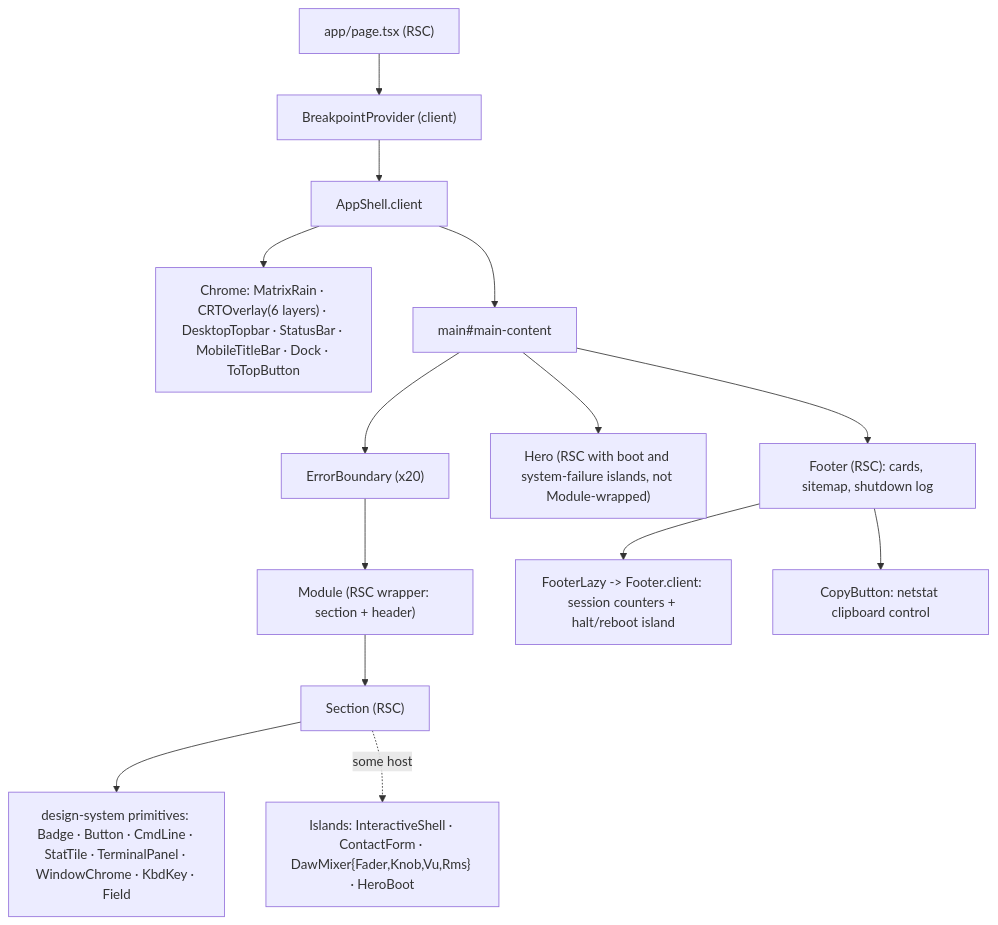
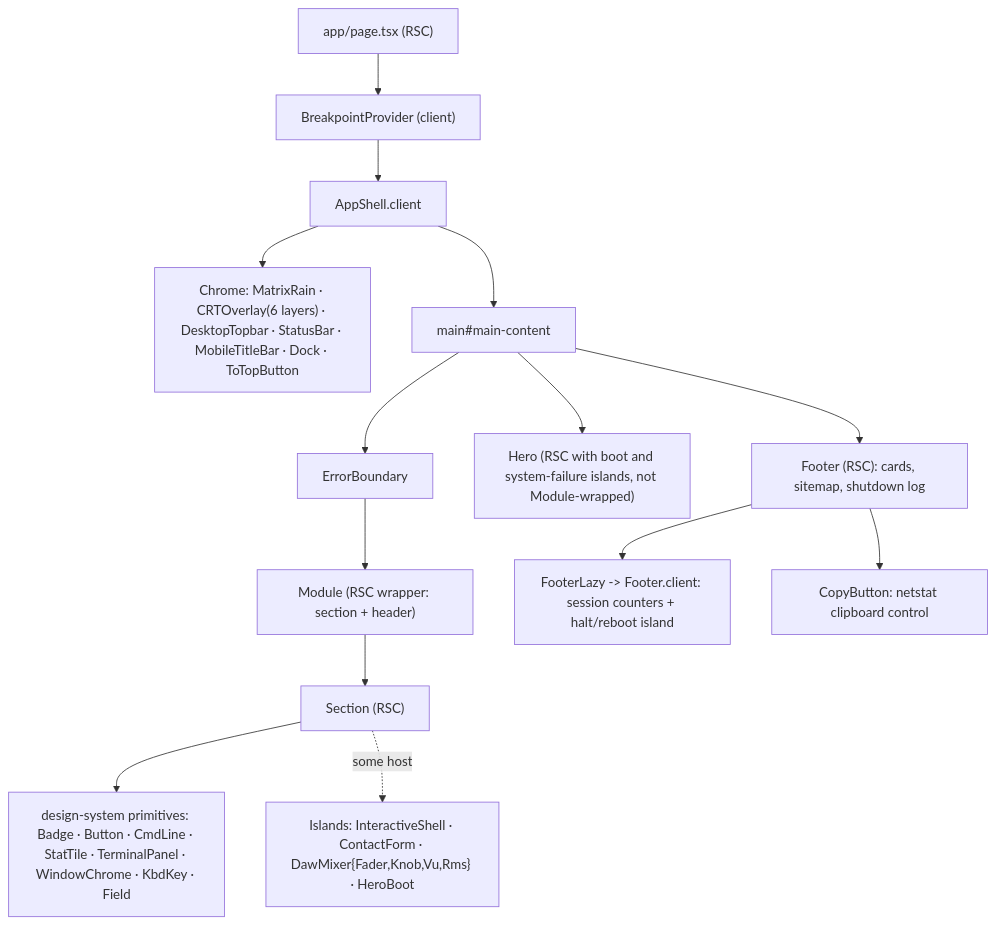
The first of 2 diagrams in docs/04-components-and-state.md (erikunha/portfolio), drawn with Mermaid before and after one commit. The commit also changed other lines of this file and 16 other files, not shown here.

````diff
--- a/docs/04-components-and-state.md
+++ b/docs/04-components-and-state.md
@@ -24,16 +24,16 @@
 ```mermaid
 flowchart TD
     page["app/page.tsx (RSC)"] --> bp["BreakpointProvider (client)"]
     bp --> shell["AppShell.client"]
     shell --> chrome["Chrome: MatrixRain · CRTOverlay(6 layers) · DesktopTopbar · StatusBar · MobileTitleBar · Dock · ToTopButton"]
     shell --> main["main#main-content"]
-    main --> eb["ErrorBoundary (x20)"]
+    main --> eb["ErrorBoundary"]
     eb --> mod["Module (RSC wrapper: section + header)"]
     mod --> sec["Section (RSC)"]
     sec --> dsp["design-system primitives: Badge · Button · CmdLine · StatTile · TerminalPanel · WindowChrome · KbdKey · Field"]
     sec -. some host .-> isl["Islands: InteractiveShell · ContactForm · DawMixer{Fader,Knob,Vu,Rms} · HeroBoot"]
     main --> hero["Hero (RSC with boot and system-failure islands, not Module-wrapped)"]
     main --> fl["Footer (RSC): cards, sitemap, shutdown log"]
     fl --> fi["FooterLazy -> Footer.client: session counters + halt/reboot island"]
     fl --> fc["CopyButton: netstat clipboard control"]
 ```
````
